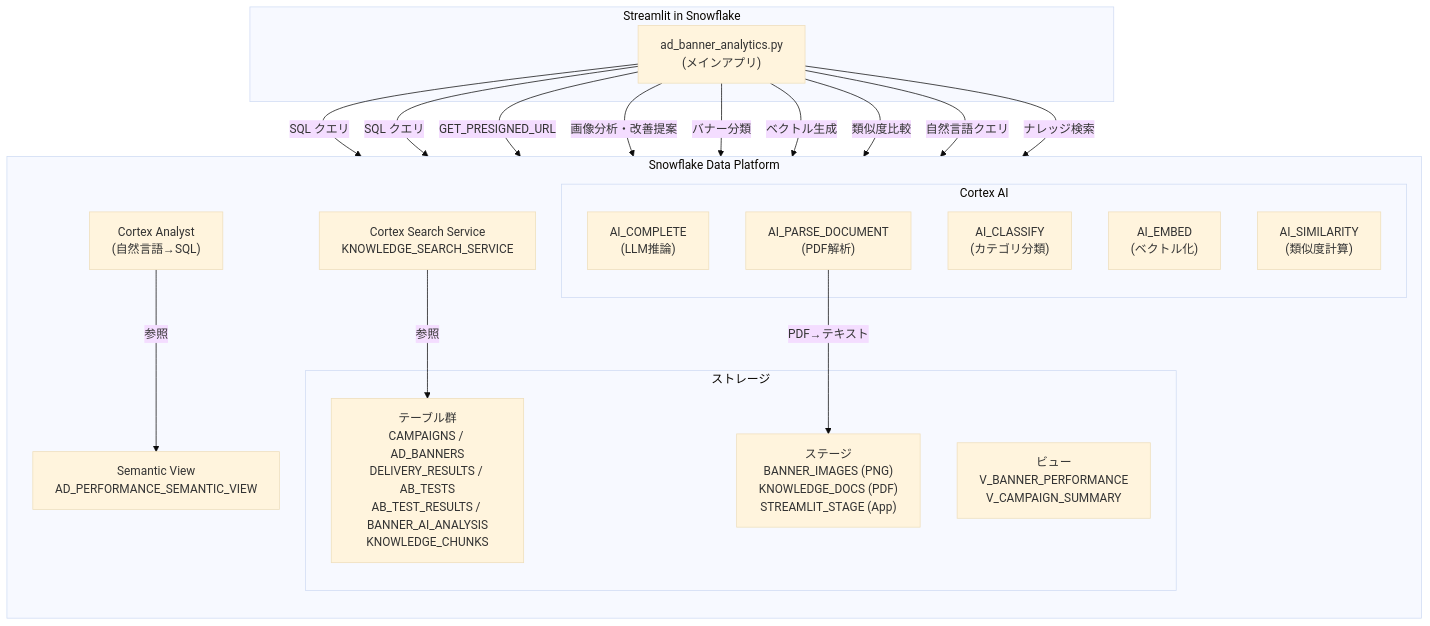
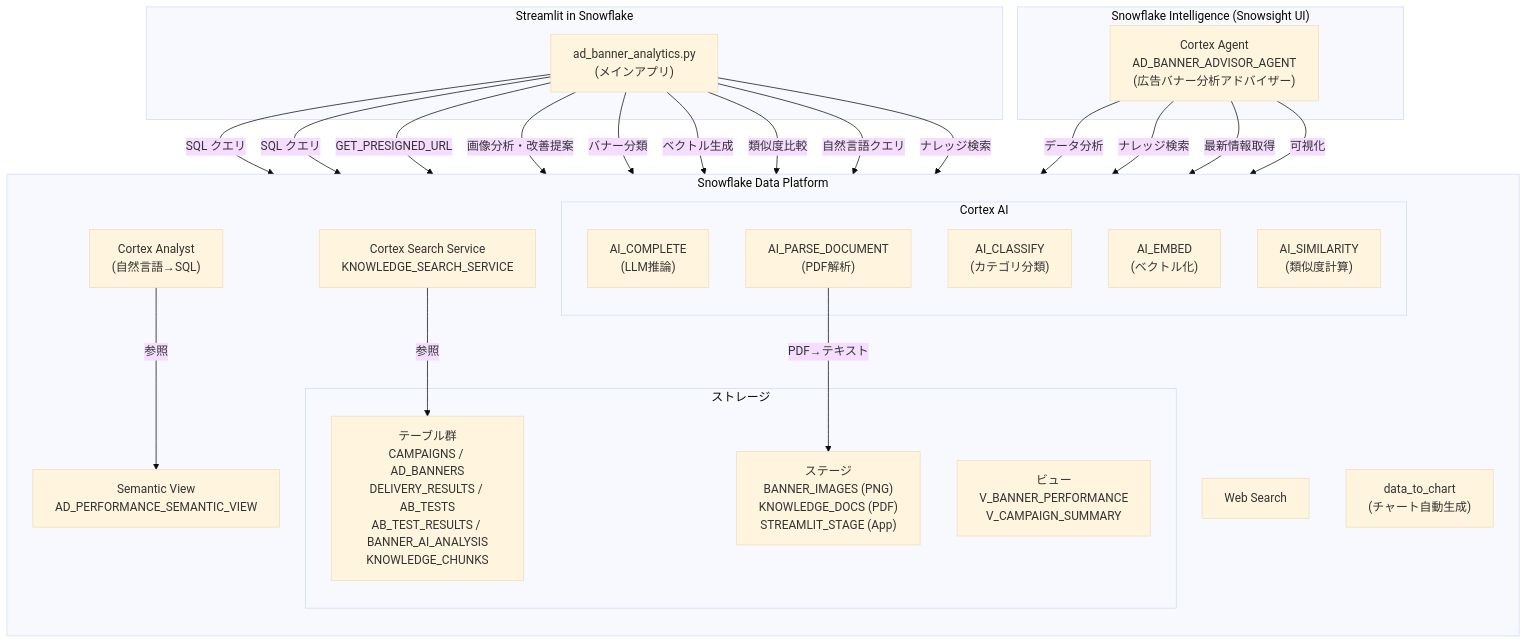
The first of 2 diagrams in README.md (sfc-gh-kfukamori/ad-banner-analytics), drawn with Mermaid (base theme) before and after one commit. The commit also changed other lines of this file, not shown here.

First line of the commit message:
Update README with Snowflake Intelligence / Cortex Agent documentation

````diff
--- a/README.md
+++ b/README.md
@@ -10,40 +11,51 @@
 ```mermaid
 flowchart TB
     subgraph SiS["Streamlit in Snowflake"]
         APP["ad_banner_analytics.py<br/>(メインアプリ)"]
+    end
+
+    subgraph SI["Snowflake Intelligence (Snowsight UI)"]
+        AGENT["Cortex Agent<br/>AD_BANNER_ADVISOR_AGENT<br/>(広告バナー分析アドバイザー)"]
     end
 
     subgraph Snowflake["Snowflake Data Platform"]
         direction TB
         subgraph Storage["ストレージ"]
             TABLES["テーブル群<br/>CAMPAIGNS / AD_BANNERS<br/>DELIVERY_RESULTS / AB_TESTS<br/>AB_TEST_RESULTS / BANNER_AI_ANALYSIS<br/>KNOWLEDGE_CHUNKS"]
             VIEWS["ビュー<br/>V_BANNER_PERFORMANCE<br/>V_CAMPAIGN_SUMMARY"]
             STAGES["ステージ<br/>BANNER_IMAGES (PNG)<br/>KNOWLEDGE_DOCS (PDF)<br/>STREAMLIT_STAGE (App)"]
         end
 
         subgraph CortexAI["Cortex AI"]
             AI_COMPLETE["AI_COMPLETE<br/>(LLM推論)"]
             AI_CLASSIFY["AI_CLASSIFY<br/>(カテゴリ分類)"]
             AI_EMBED["AI_EMBED<br/>(ベクトル化)"]
             AI_SIMILARITY["AI_SIMILARITY<br/>(類似度計算)"]
             AI_PARSE["AI_PARSE_DOCUMENT<br/>(PDF解析)"]
         end
 
         ANALYST["Cortex Analyst<br/>(自然言語→SQL)"]
         SEM_VIEW["Semantic View<br/>AD_PERFORMANCE_SEMANTIC_VIEW"]
         SEARCH["Cortex Search Service<br/>KNOWLEDGE_SEARCH_SERVICE"]
+        WEB["Web Search"]
+        CHART["data_to_chart<br/>(チャート自動生成)"]
     end
 
     APP -->|SQL クエリ| TABLES
     APP -->|SQL クエリ| VIEWS
     APP -->|GET_PRESIGNED_URL| STAGES
     APP -->|画像分析・改善提案| AI_COMPLETE
     APP -->|バナー分類| AI_CLASSIFY
     APP -->|ベクトル生成| AI_EMBED
     APP -->|類似度比較| AI_SIMILARITY
     APP -->|自然言語クエリ| ANALYST
     ANALYST -->|参照| SEM_VIEW
     APP -->|ナレッジ検索| SEARCH
     SEARCH -->|参照| TABLES
     AI_PARSE -->|PDF→テキスト| STAGES
+
+    AGENT -->|データ分析| ANALYST
+    AGENT -->|ナレッジ検索| SEARCH
+    AGENT -->|最新情報取得| WEB
+    AGENT -->|可視化| CHART
 ```
````
